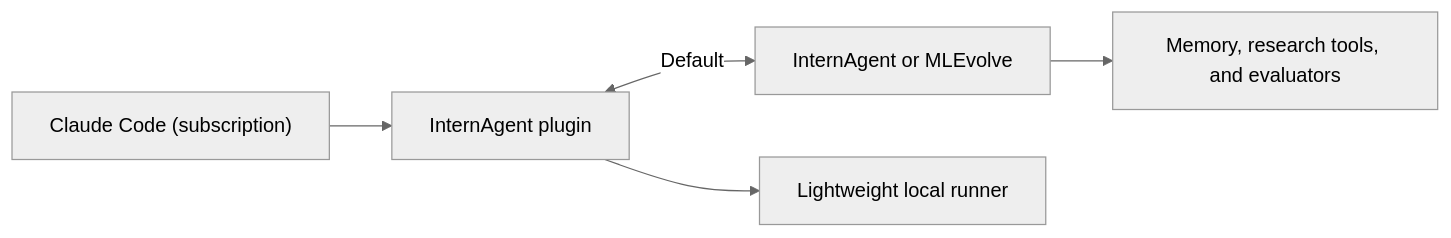
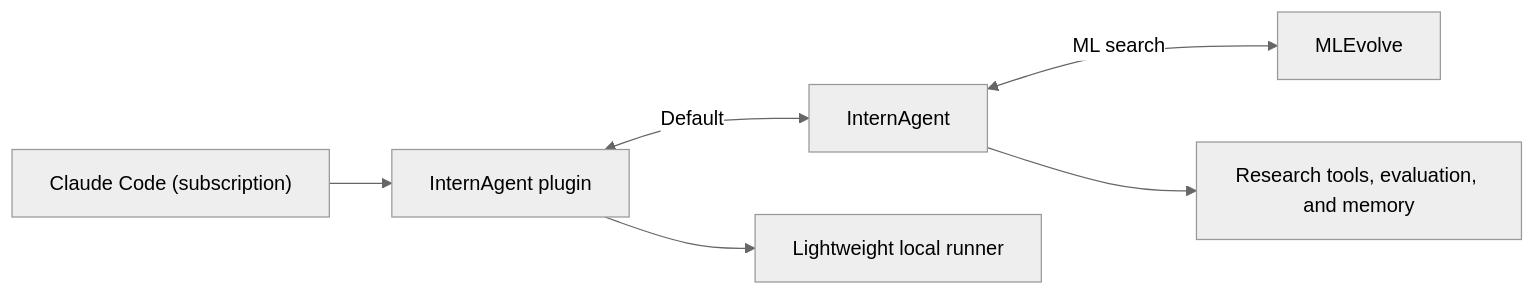
Before and after one commit to rexkwoncode/internagent-claude: the second of 2 diagrams in README.md, drawn with Mermaid (neutral theme). The commit also changed other lines of this file and 9 other files, not shown here.

Commit message:
Orchestrate MLEvolve searches through InternAgent

````diff
--- a/README.md
+++ b/README.md
@@ -32,7 +32,8 @@
 ```mermaid
 flowchart LR
     Claude["Claude Code (subscription)"] --> Plugin["InternAgent plugin"]
-    Plugin <-->|Default| Engine["InternAgent or MLEvolve"]
-    Engine --> Sources["Memory, research tools, and evaluators"]
+    Plugin <-->|Default| Engine["InternAgent"]
+    Engine <-->|ML search| ML["MLEvolve"]
+    Engine --> Sources["Research tools, evaluation, and memory"]
     Plugin --> Runner["Lightweight local runner"]
 ```
````
